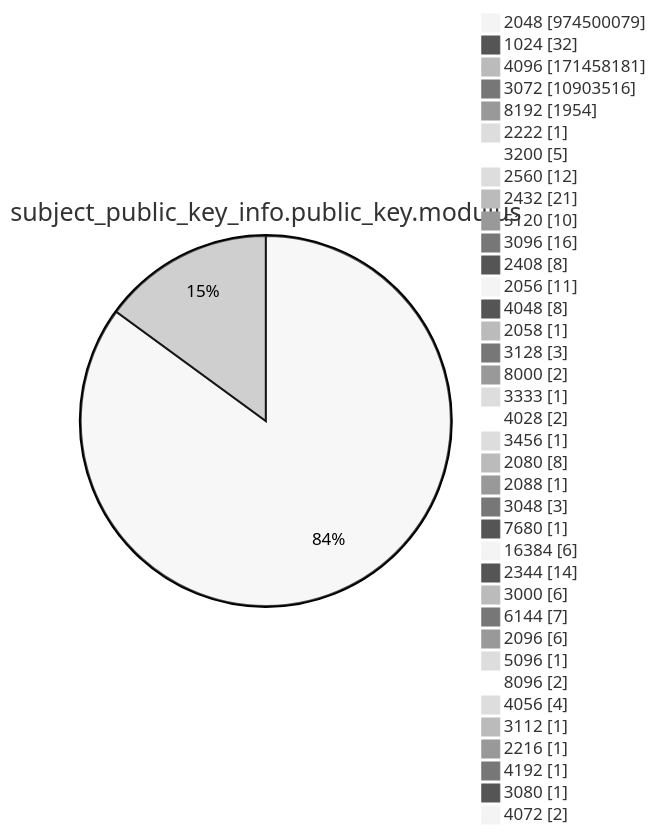
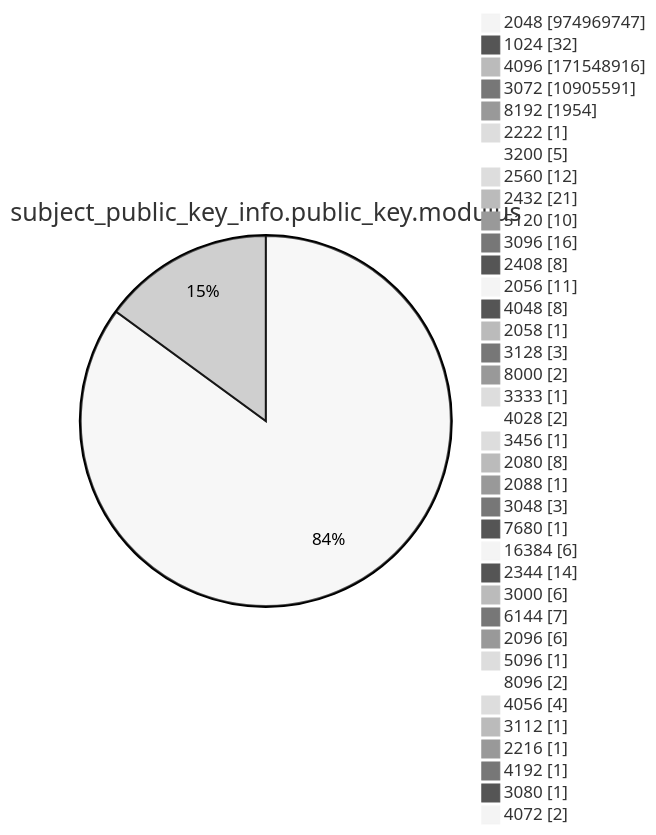
Diagram 13 of 15 in argon2022/README.md (christiankrug/ctmonitor_visualization), drawn with Mermaid (neutral theme) before and after one commit. The commit also changed other lines of this file, not shown here.

````diff
--- a/argon2022/README.md
+++ b/argon2022/README.md
@@ -3587,41 +3587,41 @@
 ```mermaid
 pie showData
 title subject_public_key_info.public_key.modulus
-"2048" :974500079
+"2048" :974969747
 "1024" :32
-"4096" :171458181
-"3072" :10903516
+"4096" :171548916
+"3072" :10905591
 "8192" :1954
 "2222" :1
 "3200" :5
 "2560" :12
 "2432" :21
 "5120" :10
 "3096" :16
 "2408" :8
 "2056" :11
 "4048" :8
 "2058" :1
 "3128" :3
 "8000" :2
 "3333" :1
 "4028" :2
 "3456" :1
 "2080" :8
 "2088" :1
 "3048" :3
 "7680" :1
 "16384" :6
 "2344" :14
 "3000" :6
 "6144" :7
 "2096" :6
 "5096" :1
 "8096" :2
 "4056" :4
 "3112" :1
 "2216" :1
 "4192" :1
 "3080" :1
 "4072" :2
 ```
````
